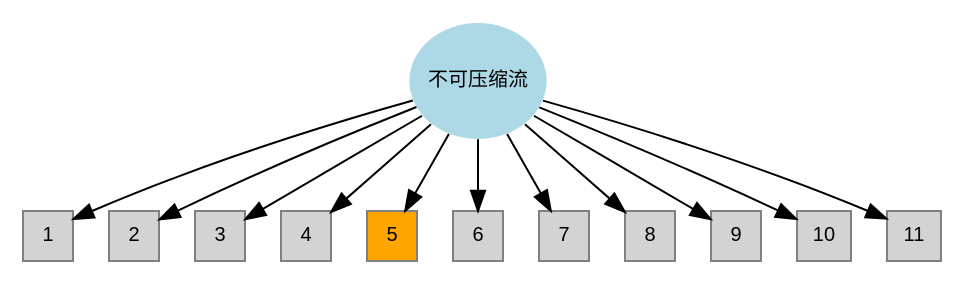
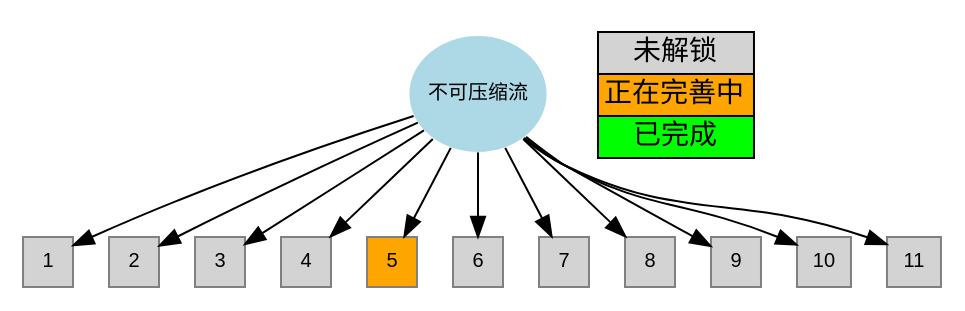
The diagram in sphinx/source/incompressible/map.dot (zguoch/OFTutorials), drawn with Graphviz before and after one commit. The commit also changed 5 other files, not shown here.

```diff
--- a/sphinx/source/incompressible/map.dot
+++ b/sphinx/source/incompressible/map.dot
@@ -1,29 +1,40 @@
 
   digraph G {
 
       incompressible[label="不可压缩流", tooltip="简短介绍", fontname="Arial", fontsize=10, height=.8,width=.8,shape="ellipse",style="filled", color=none,fillcolor=lightblue,href="https://gitlab.com",target="_top"];
 
       incompressible_SRFPimpleFoam[label="1", tooltip="SRFPimpleFoam", fontname="Arial", fontsize=10, height=.35,width=.35,shape="box",style="filled", fillcolor=lightgray, color=gray,href="https://gitlab.com",target="_top"];
       incompressible_SRFSimpleFoam[label="2", tooltip="SRFSimpleFoam", fontname="Arial", fontsize=10, height=.35,width=.35,shape="box",style="filled", fillcolor=lightgray, color=gray,href="https://gitlab.com",target="_top"];
       incompressible_adjointShapeOptimizationFoam[label="3", tooltip="adjointShapeOptimizationFoam", fontname="Arial", fontsize=10, height=.35,width=.35,shape="box",style="filled", fillcolor=lightgray, color=gray,href="https://gitlab.com",target="_top"];
       incompressible_boundaryFoam[label="4", tooltip="boundaryFoam", fontname="Arial", fontsize=10, height=.35,width=.35,shape="box",style="filled", fillcolor=lightgray, color=gray,href="https://gitlab.com",target="_top"];
       incompressible_icoFoam[label="5", tooltip="icoFoam", fontname="Arial", fontsize=10, height=.35,width=.35,shape="box",style="filled", fillcolor=orange, color=gray,href="https://oflab.gitlab.io/tutorials/incompressible/icoFoam/index.html",target="_top"];
       incompressible_nonNewtonianIcoFoam[label="6", tooltip="nonNewtonianIcoFoam", fontname="Arial", fontsize=10, height=.35,width=.35,shape="box",style="filled", fillcolor=lightgray, color=gray,href="https://gitlab.com",target="_top"];
       incompressible_pimpleFoam[label="7", tooltip="rhoSimpleFoam", fontname="Arial", fontsize=10, height=.35,width=.35,shape="box",style="filled", fillcolor=lightgray, color=gray,href="https://gitlab.com",target="_top"];
       incompressible_pisoFoam[label="8", tooltip="pimpleFoam", fontname="Arial", fontsize=10, height=.35,width=.35,shape="box",style="filled", fillcolor=lightgray, color=gray,href="https://gitlab.com",target="_top"];
       incompressible_porousSimpleFoam[label="9", tooltip="porousSimpleFoam", fontname="Arial", fontsize=10, height=.35,width=.35,shape="box",style="filled", fillcolor=lightgray, color=gray,href="https://gitlab.com",target="_top"];
       incompressible_shallowWaterFoam[label="10", tooltip="shallowWaterFoam", fontname="Arial", fontsize=10, height=.35,width=.35,shape="box",style="filled", fillcolor=lightgray, color=gray,href="https://gitlab.com",target="_top"];
       incompressible_simpleFoam[label="11", tooltip="simpleFoam", fontname="Arial", fontsize=10, height=.35,width=.35,shape="box",style="filled", fillcolor=lightgray, color=gray,href="https://gitlab.com",target="_top"];
       // 连接
       incompressible -> incompressible_SRFPimpleFoam;
       incompressible -> incompressible_SRFSimpleFoam;
       incompressible -> incompressible_adjointShapeOptimizationFoam;
       incompressible -> incompressible_boundaryFoam;
       incompressible -> incompressible_icoFoam;
       incompressible -> incompressible_nonNewtonianIcoFoam;
       incompressible -> incompressible_pimpleFoam;
       incompressible -> incompressible_pisoFoam;
       incompressible -> incompressible_porousSimpleFoam;
       incompressible -> incompressible_shallowWaterFoam;
       incompressible -> incompressible_simpleFoam;
+
+      node [shape=plaintext]
+      legend [
+    fontname="Arial"
+   label=<
+     <table border="0" cellborder="1" cellspacing="0">
+       <tr><td bgcolor="lightgray">未解锁</td></tr>
+       <tr><td bgcolor="orange"><font color="black">正在完善中</font></td></tr>
+       <tr><td bgcolor="lime"><font color="black">已完成</font></td></tr>
+     </table>>
+  ];
   }
```
